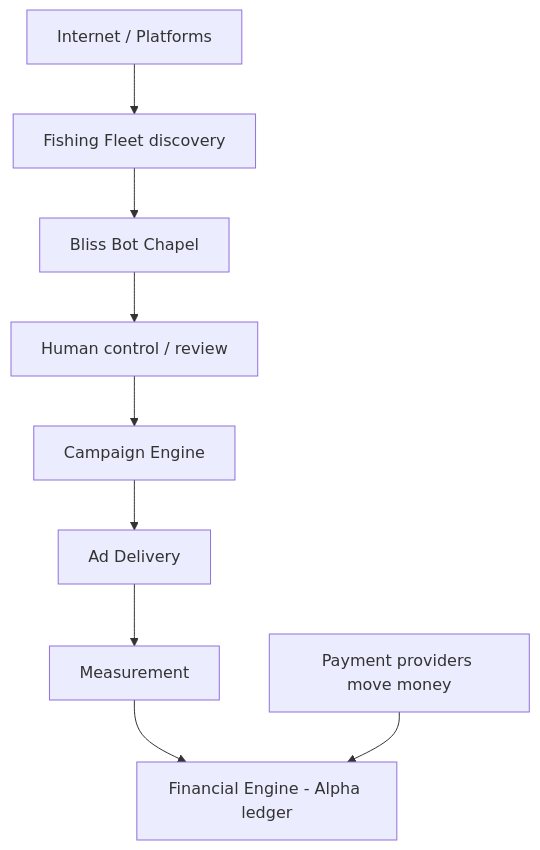
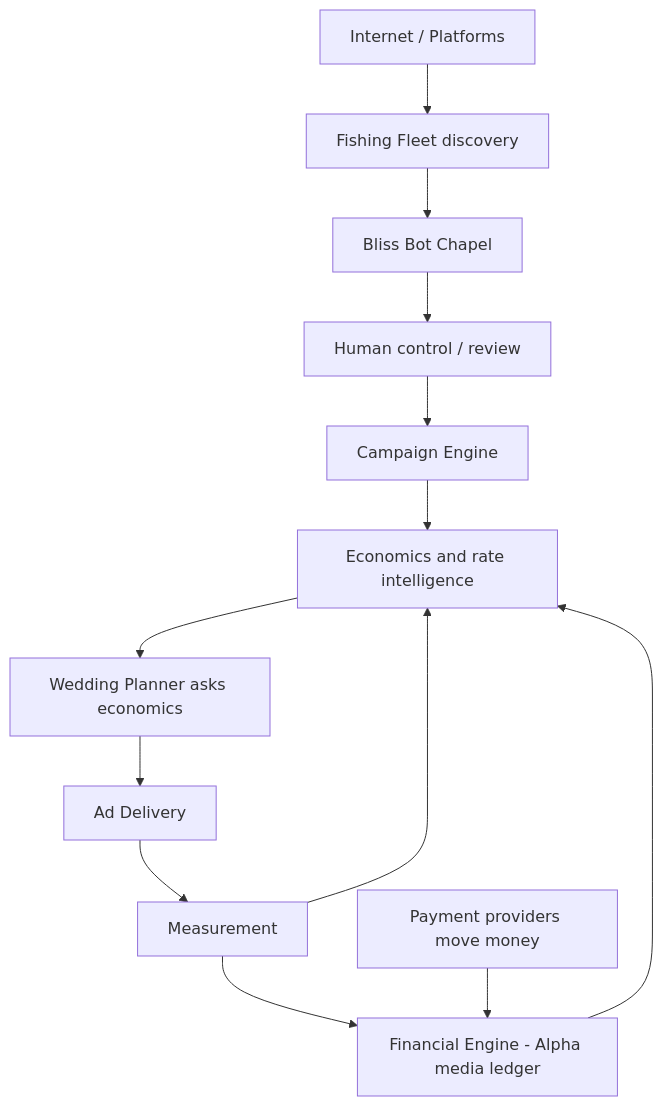
Before and after one commit to Coxskull/Bliss_Bot_Chapel: the diagram in docs/ai-development-fleet/target-architecture.md, drawn with Mermaid. The commit also changed other lines of this file and 9 other files, not shown here.

````diff
--- a/docs/ai-development-fleet/target-architecture.md
+++ b/docs/ai-development-fleet/target-architecture.md
@@ -7,21 +7,27 @@
 ```mermaid
 flowchart TB
   NET[Internet / Platforms]
   FF[Fishing Fleet discovery]
   BL[Bliss Bot Chapel]
   HUM[Human control / review]
   CE[Campaign Engine]
+  ECO[Economics and rate intelligence]
+  WP[Wedding Planner asks economics]
   AD[Ad Delivery]
   ME[Measurement]
-  FI[Financial Engine - Alpha ledger]
+  FI[Financial Engine - Alpha media ledger]
   PAY[Payment providers move money]
 
   NET --> FF
   FF --> BL
   BL --> HUM
   HUM --> CE
-  CE --> AD
+  CE --> ECO
+  ECO --> WP
+  WP --> AD
   AD --> ME
   ME --> FI
+  ME --> ECO
+  FI --> ECO
   PAY --> FI
 ```
````
